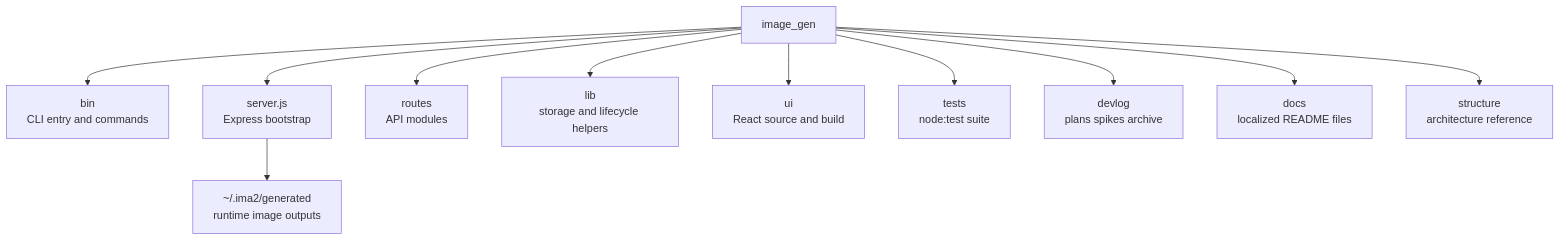
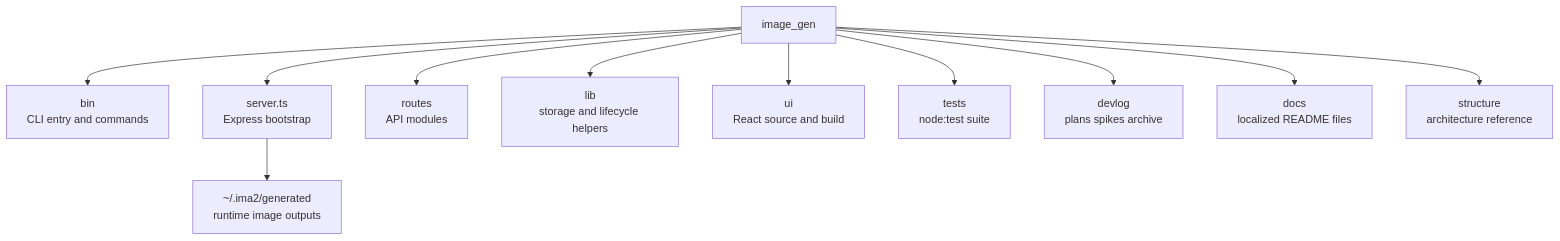
Before and after one commit to ChatPoongKun/ima2-gen: the diagram in structure/01-file-function-map.md, drawn with Mermaid. The commit also changed other lines of this file and 36 other files, not shown here.

````diff
--- a/structure/01-file-function-map.md
+++ b/structure/01-file-function-map.md
@@ -21,13 +21,13 @@
 ```mermaid
 graph TD
     ROOT["image_gen"] --> BIN["bin<br/>CLI entry and commands"]
-    ROOT --> SERVER["server.js<br/>Express bootstrap"]
+    ROOT --> SERVER["server.ts<br/>Express bootstrap"]
     ROOT --> ROUTES["routes<br/>API modules"]
     ROOT --> LIB["lib<br/>storage and lifecycle helpers"]
     ROOT --> UI["ui<br/>React source and build"]
     ROOT --> TESTS["tests<br/>node:test suite"]
     ROOT --> DEVLOG["devlog<br/>plans spikes archive"]
     ROOT --> DOCS["docs<br/>localized README files"]
     ROOT --> STRUCT["structure<br/>architecture reference"]
     SERVER --> GEN["~/.ima2/generated<br/>runtime image outputs"]
 ```
````
